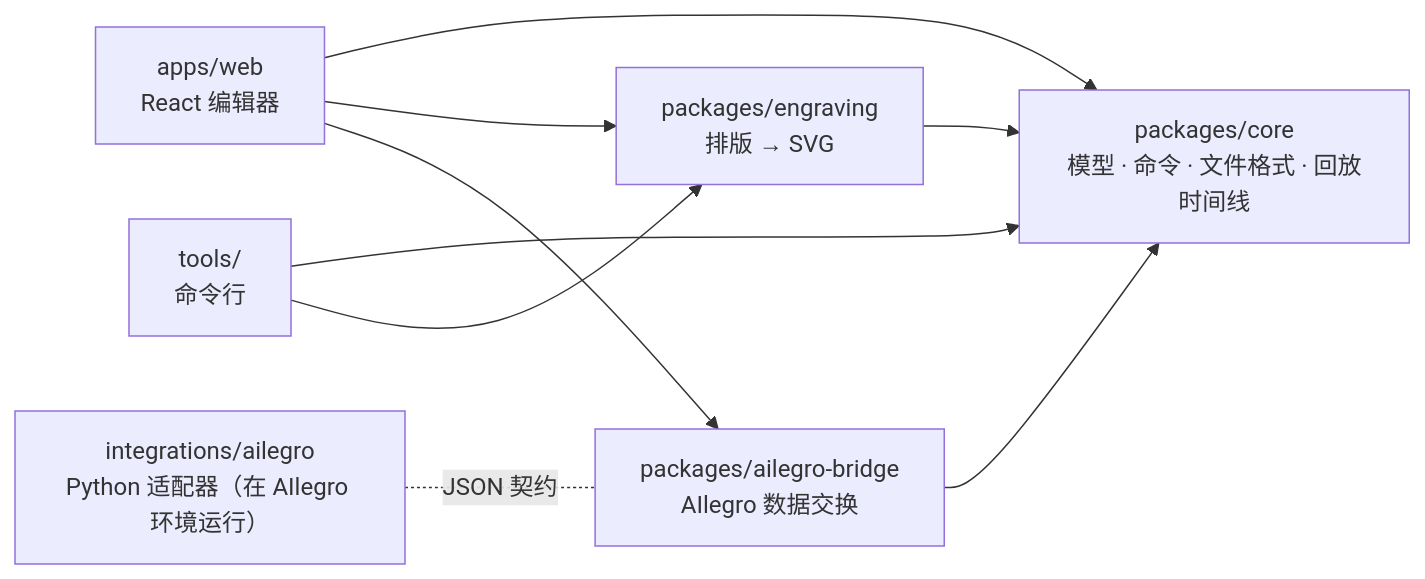
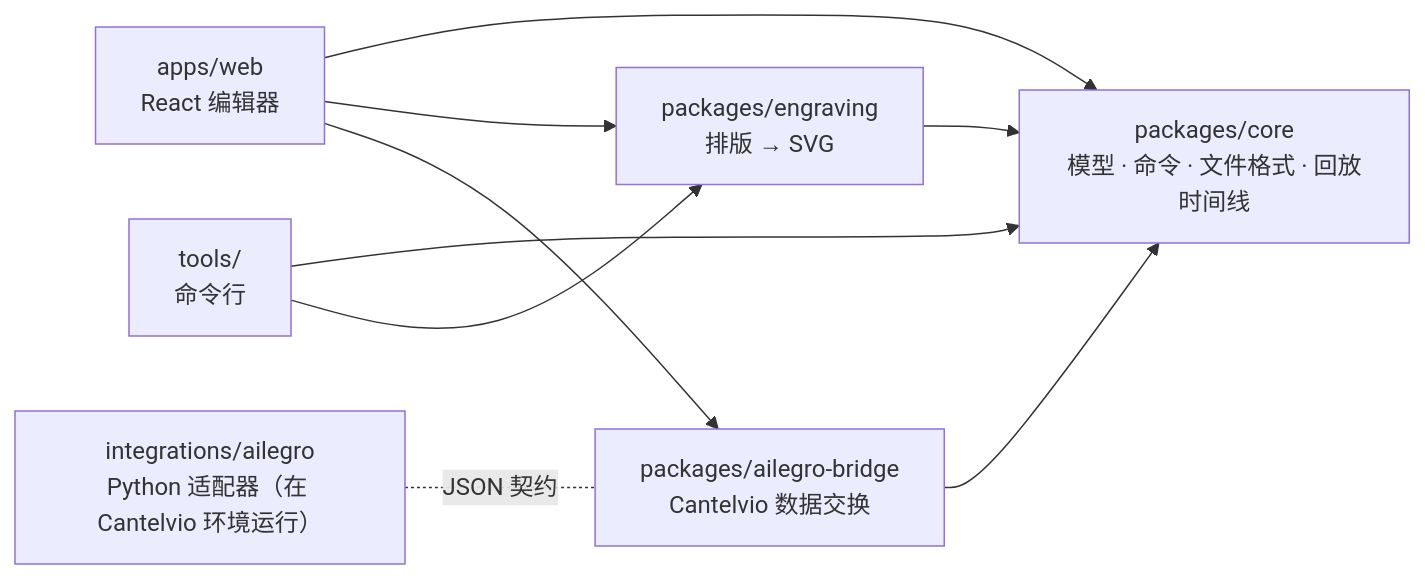
Before and after one commit to chenjinfu00/Cantelvio: the diagram in Score/docs/architecture.md, drawn with Mermaid. The commit also changed other lines of this file and 196 other files, not shown here.

````diff
--- a/Score/docs/architecture.md
+++ b/Score/docs/architecture.md
@@ -5,17 +5,17 @@
 ```mermaid
 graph LR
   core["packages/core<br/>模型 · 命令 · 文件格式 · 回放时间线"]
   eng["packages/engraving<br/>排版 → SVG"]
-  bridge["packages/ailegro-bridge<br/>AIlegro 数据交换"]
+  bridge["packages/ailegro-bridge<br/>Cantelvio 数据交换"]
   web["apps/web<br/>React 编辑器"]
   tools["tools/<br/>命令行"]
-  adapter["integrations/ailegro<br/>Python 适配器（在 AIlegro 环境运行）"]
+  adapter["integrations/ailegro<br/>Python 适配器（在 Cantelvio 环境运行）"]
   eng --> core
   bridge --> core
   web --> core
   web --> eng
   web --> bridge
   tools --> core
   tools --> eng
   adapter -. JSON 契约 .- bridge
 ```
````
